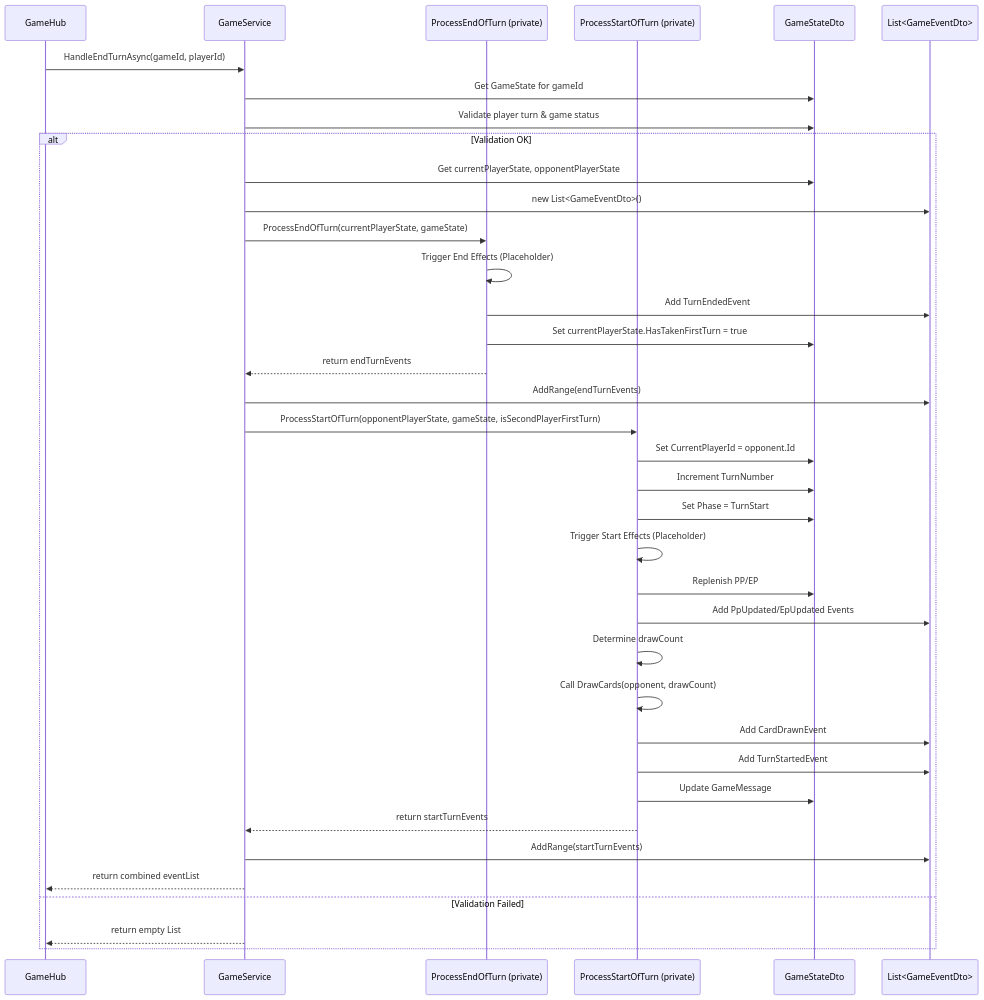
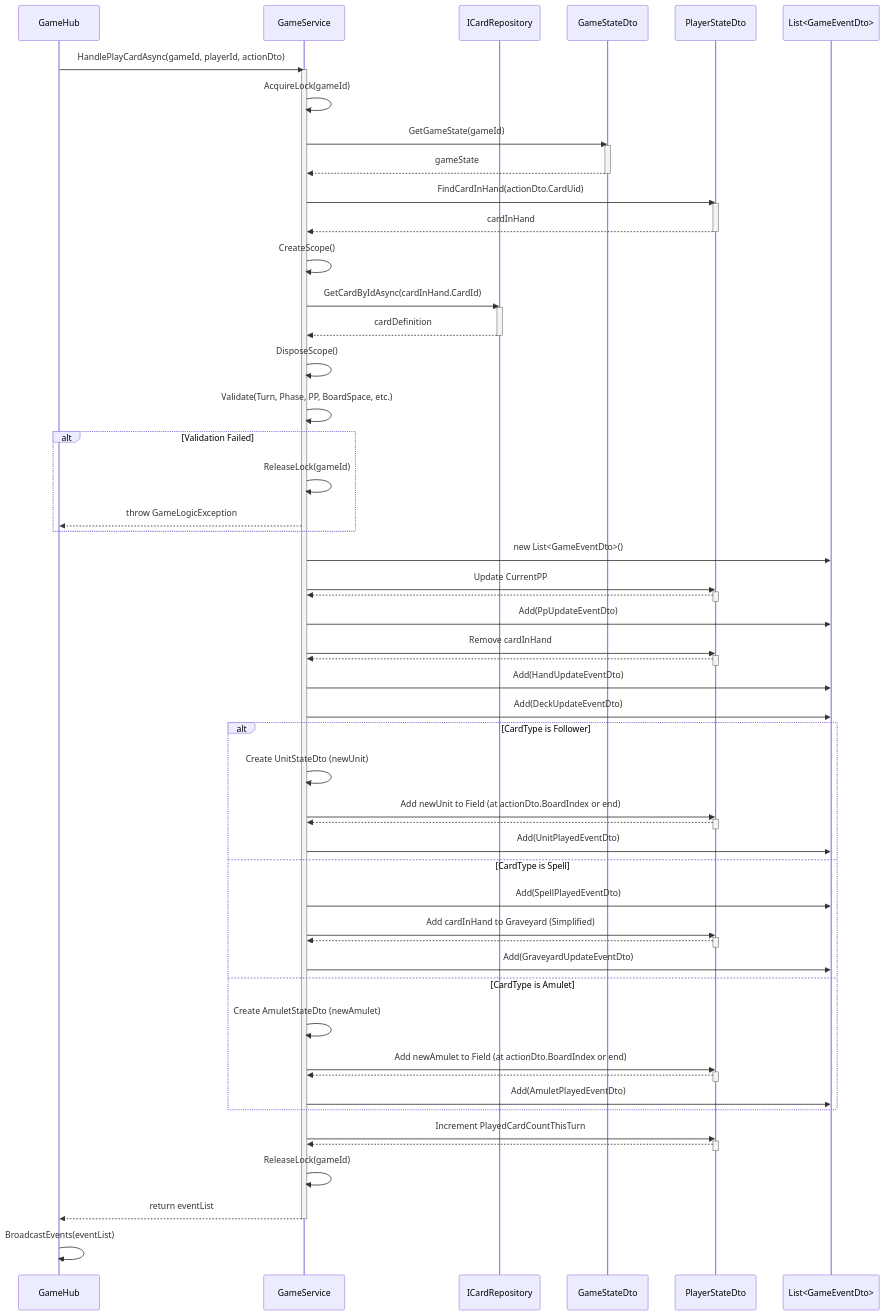
One commit to M3an1ng/Shadowverse-Cloud-Beyond changed the first of 5 diagrams in 文档/技术文档/M7_核心动作处理与事件广播设计_V1.0.md. Above: the diagram before and after it, drawn with Mermaid. The commit also changed other lines of this file and 59 other files, not shown here.

````diff
--- a/文档/技术文档/M7_核心动作处理与事件广播设计_V1.0.md
+++ b/文档/技术文档/M7_核心动作处理与事件广播设计_V1.0.md
@@ -82,45 +237,86 @@
 ```mermaid
 sequenceDiagram
     participant Hub as GameHub
-    participant Svc as GameService
-    participant EndProc as ProcessEndOfTurn (private)
-    participant StartProc as ProcessStartOfTurn (private)
+    participant Service as GameService
+    participant Repo as ICardRepository
     participant State as GameStateDto
+    participant Player as PlayerStateDto
     participant Events as List<GameEventDto>
 
-    Hub->>Svc: HandleEndTurnAsync(gameId, playerId)
-    Svc->>State: Get GameState for gameId
-    Svc->>State: Validate player turn & game status
-    alt Validation OK
-        Svc->>State: Get currentPlayerState, opponentPlayerState
-        Svc->>Events: new List<GameEventDto>()
+    Hub->>Service: HandlePlayCardAsync(gameId, playerId, actionDto)
+    activate Service
 
-        %% --- Process End of Current Turn ---
-        Svc->>EndProc: ProcessEndOfTurn(currentPlayerState, gameState)
-        EndProc->>EndProc: Trigger End Effects (Placeholder)
-        EndProc->>Events: Add TurnEndedEvent
-        EndProc->>State: Set currentPlayerState.HasTakenFirstTurn = true
-        EndProc-->>Svc: return endTurnEvents
-        Svc->>Events: AddRange(endTurnEvents)
+    Service->>Service: AcquireLock(gameId)
+    Service->>State: GetGameState(gameId)
+    activate State
+    State-->>Service: gameState
+    deactivate State
 
-        %% --- Process Start of Next Turn ---
-        Svc->>StartProc: ProcessStartOfTurn(opponentPlayerState, gameState, isSecondPlayerFirstTurn)
-        StartProc->>State: Set CurrentPlayerId = opponent.Id
-        StartProc->>State: Increment TurnNumber
-        StartProc->>State: Set Phase = TurnStart
-        StartProc->>StartProc: Trigger Start Effects (Placeholder)
-        StartProc->>State: Replenish PP/EP
-        StartProc->>Events: Add PpUpdated/EpUpdated Events
-        StartProc->>StartProc: Determine drawCount
-        StartProc->>StartProc: Call DrawCards(opponent, drawCount)
-        StartProc->>Events: Add CardDrawnEvent
-        StartProc->>Events: Add TurnStartedEvent
-        StartProc->>State: Update GameMessage
-        StartProc-->>Svc: return startTurnEvents
-        Svc->>Events: AddRange(startTurnEvents)
+    Service->>Player: FindCardInHand(actionDto.CardUid)
+    activate Player
+    Player-->>Service: cardInHand
+    deactivate Player
 
-        Svc-->>Hub: return combined eventList
-    else Validation Failed
-        Svc-->>Hub: return empty List
+    Service->>Service: CreateScope()
+    Service->>Repo: GetCardByIdAsync(cardInHand.CardId)
+    activate Repo
+    Repo-->>Service: cardDefinition
+    deactivate Repo
+    Service->>Service: DisposeScope()
+
+    Service->>Service: Validate(Turn, Phase, PP, BoardSpace, etc.)
+    alt Validation Failed
+        Service->>Service: ReleaseLock(gameId)
+        Service-->>Hub: throw GameLogicException
     end
+
+    Service->>Events: new List<GameEventDto>() # Initialize Event List
+
+    Service->>Player: Update CurrentPP
+    activate Player
+    Player-->>Service:
+    deactivate Player
+    Service->>Events: Add(PpUpdateEventDto)
+
+    Service->>Player: Remove cardInHand
+    activate Player
+    Player-->>Service:
+    deactivate Player
+    Service->>Events: Add(HandUpdateEventDto)
+    Service->>Events: Add(DeckUpdateEventDto) # Optional deck count sync
+
+
+    alt CardType is Follower
+        Service->>Service: Create UnitStateDto (newUnit)
+        Service->>Player: Add newUnit to Field (at actionDto.BoardIndex or end)
+        activate Player
+        Player-->>Service:
+        deactivate Player
+        Service->>Events: Add(UnitPlayedEventDto)
+    else CardType is Spell
+        Service->>Events: Add(SpellPlayedEventDto)
+        Service->>Player: Add cardInHand to Graveyard (Simplified)
+        activate Player
+        Player-->>Service:
+        deactivate Player
+        Service->>Events: Add(GraveyardUpdateEventDto)
+    else CardType is Amulet
+        Service->>Service: Create AmuletStateDto (newAmulet)
+        Service->>Player: Add newAmulet to Field (at actionDto.BoardIndex or end)
+        activate Player
+        Player-->>Service:
+        deactivate Player
+        Service->>Events: Add(AmuletPlayedEventDto)
+    end
+
+    Service->>Player: Increment PlayedCardCountThisTurn
+    activate Player
+    Player-->>Service:
+    deactivate Player
+
+    Service->>Service: ReleaseLock(gameId)
+    Service-->>Hub: return eventList
+    deactivate Service
+
+    Hub->>Hub: BroadcastEvents(eventList)
 ```
````
